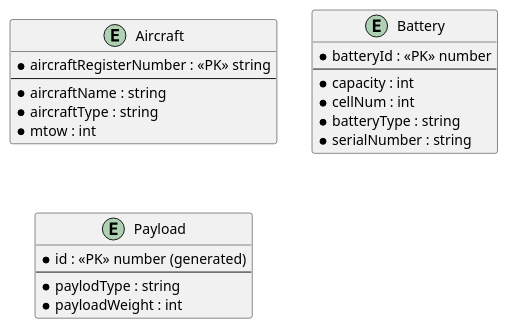
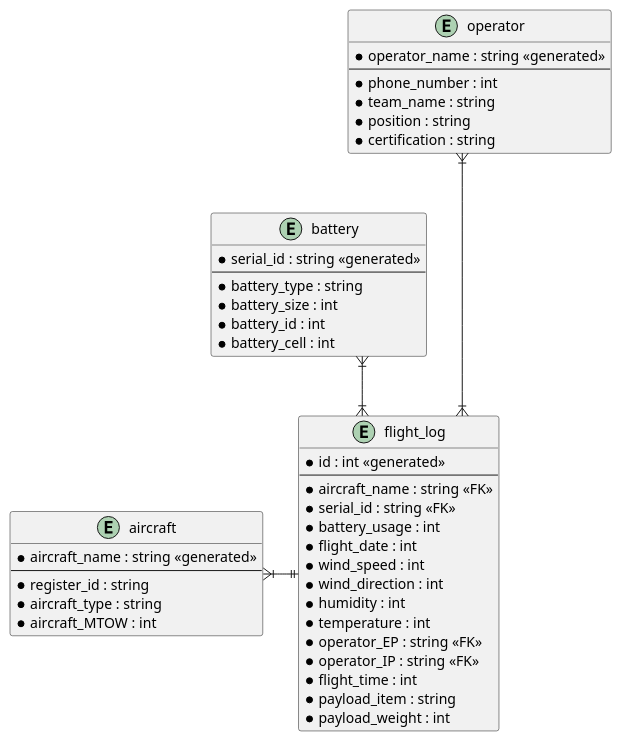
Before and after one commit to KimJinHyeok1/FlightManagementApp: the diagram in Docs/flightManagementApp.puml, drawn with PlantUML.

Commit message:
ADD_241203 : Modify ERD

```diff
--- a/Docs/flightManagementApp.puml
+++ b/Docs/flightManagementApp.puml
@@ -1,34 +1,61 @@
 @startuml
 
 ' hide the spot
 ' hide circle
 
 ' avoid problems with angled crows feet
 skinparam linetype ortho
 
-entity "Aircraft" as e01{
-  *aircraftRegisterNumber : <<PK>> string
+entity "aircraft" as e01 {
+  *aircraft_name : string <<generated>>
   --
-  *aircraftName : string
-  *aircraftType : string
-  *mtow : int
+  *register_id : string
+  *aircraft_type : string
+  *aircraft_MTOW : int
 }
 
-entity "Battery" as e02 {
-  *batteryId : <<PK>> number
+entity "battery" as e02 {
+  *serial_id : string <<generated>>
   --
-  *capacity : int
-  *cellNum : int
-  *batteryType : string
-  *serialNumber : string
+  *battery_type : string
+  *battery_size : int
+  *battery_id : int
+  *battery_cell : int
 }
 
-entity "Payload" as e03 {
-  *id : <<PK>> number (generated)
+entity "operator" as e03 {
+  *operator_name : string <<generated>>
   --
-  *paylodType : string 
-  *payloadWeight : int
+  *phone_number : int
+  *team_name : string
+  *position : string
+  *certification : string
+}
+
+entity "flight_log" as e04 {
+  *id : int <<generated>>
+  --
+  *aircraft_name : string <<FK>>
+  *serial_id : string <<FK>>
+  *battery_usage : int
+  *flight_date : int
+  *wind_speed : int
+  *wind_direction : int
+  *humidity : int
+  *temperature : int
+  *operator_EP : string <<FK>>
+  *operator_IP : string <<FK>>
+  *flight_time : int
+  *payload_item : string
+  *payload_weight : int
 }
 
 
+
+e01 }|-|| e04
+e02 }|--|{ e04
+e03 }|---|{ e04
+
+
+
 @enduml
```
